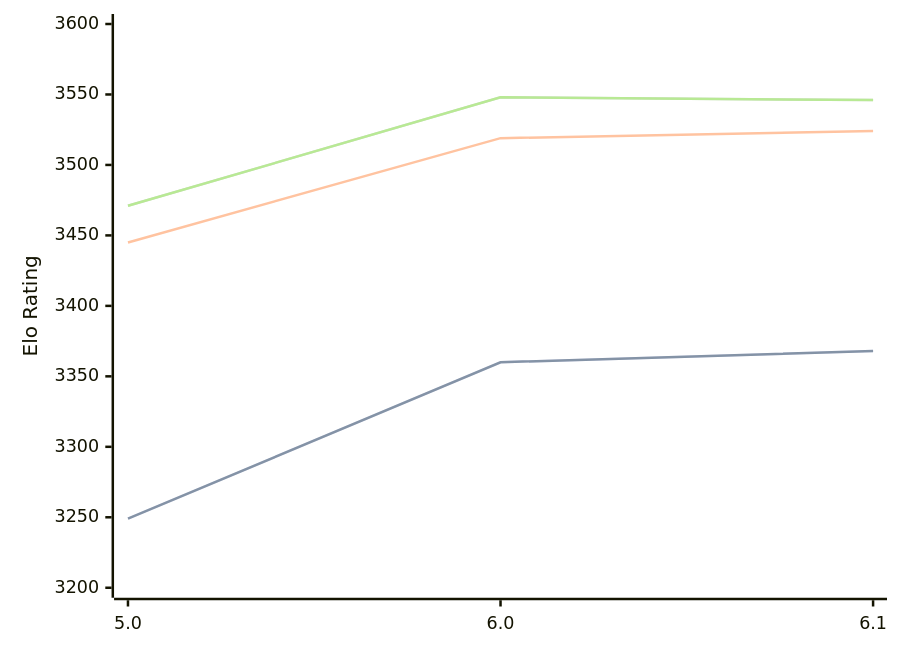
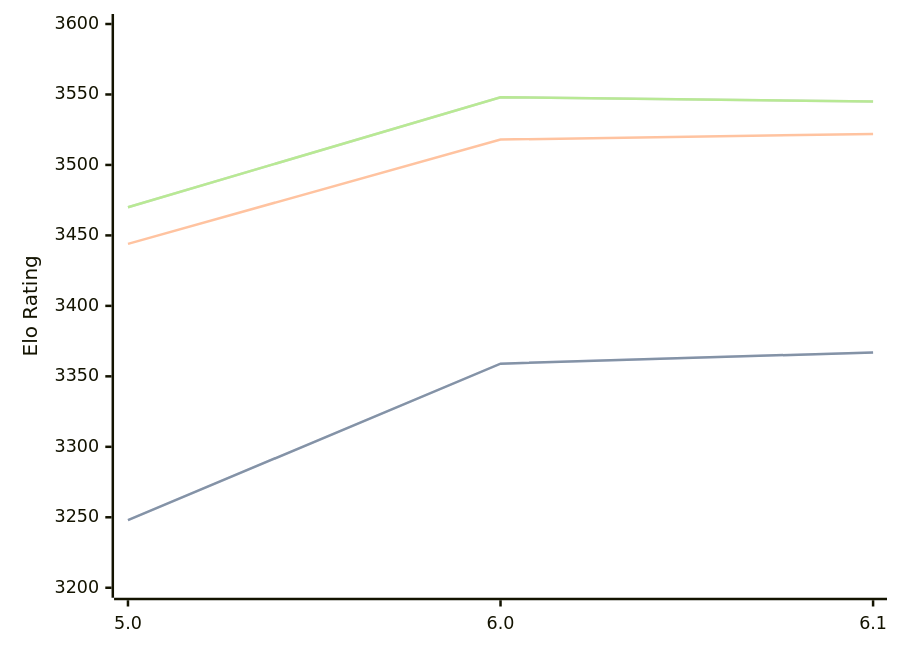
The diagram in engines/Starzix.md (computer-chess-index/cci), drawn with Mermaid before and after one commit. The commit also changed other lines of this file, not shown here.

Commit message:
Update CCI Ratings (ELO VLTC) - 2026-04-26

````diff
--- a/engines/Starzix.md
+++ b/engines/Starzix.md
@@ -37,11 +37,11 @@
 ```mermaid
 %%{init: {"theme":"base","themeVariables":{"seriesColors:['#a3a3a3','#222221','#faa371']}}}%%
 xychart-beta
   x-axis ["5.0", "6.0", "6.1"]
   y-axis "Elo Rating" 3200 --> 3600
-  line "STC (8.0+0.08s)" [3249, 3360, 3368]
-  line "STC (8.0+0.08s)" [3249, 3360, 3368]
-  line "LTC (60.0+0.60s)" [3445, 3519, 3524]
-  line "VLTC (2m24s+1.12s)" [3471, 3548, 3546]
-  line "VLTC (2m24s+1.12s)" [3471, 3548, 3546]
+  line "STC (8.0+0.08s)" [3248, 3359, 3367]
+  line "STC (8.0+0.08s)" [3248, 3359, 3367]
+  line "LTC (60.0+0.60s)" [3444, 3518, 3522]
+  line "VLTC (2m24s+1.12s)" [3470, 3548, 3545]
+  line "VLTC (2m24s+1.12s)" [3470, 3548, 3545]
 ```
````
